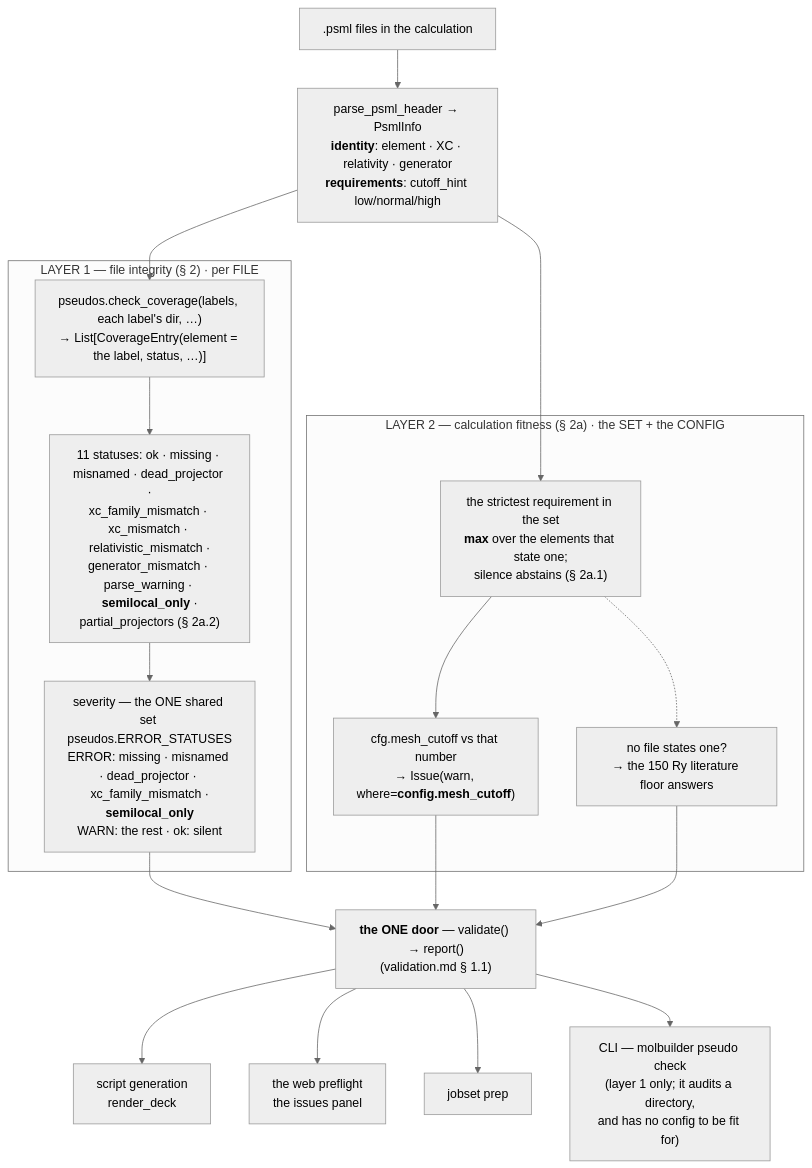
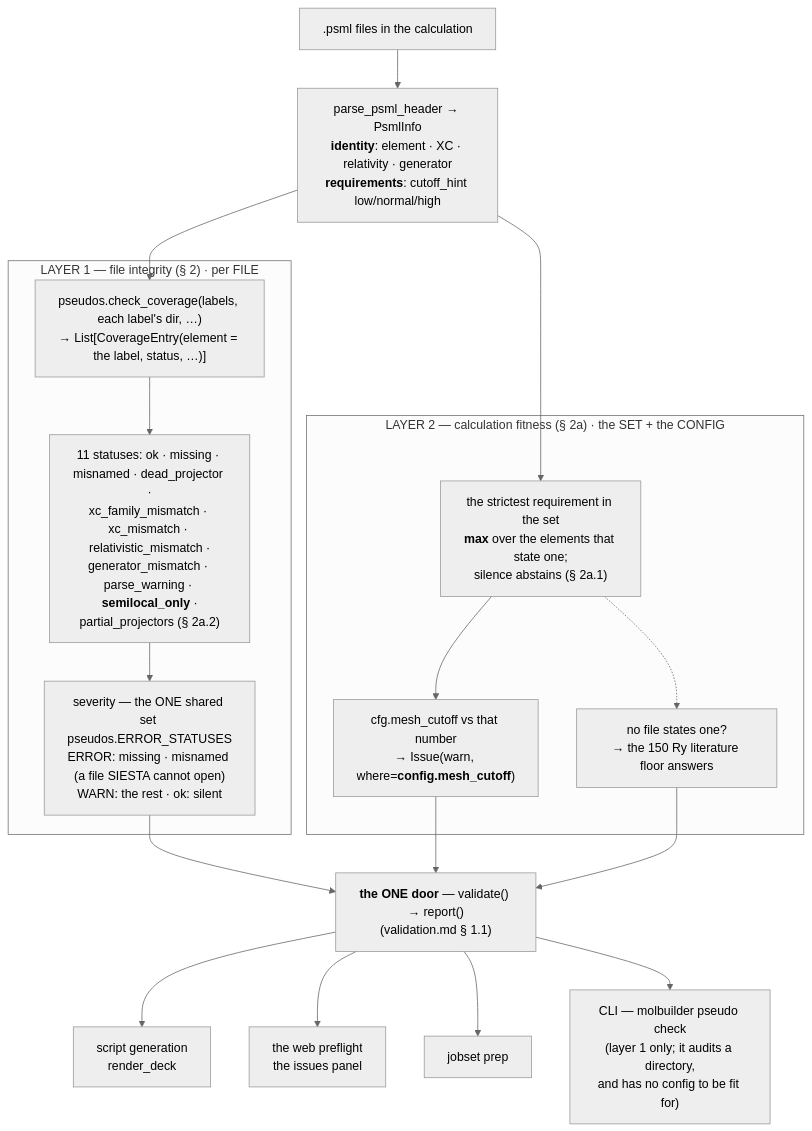
The diagram in docs/science/pseudopotentials.md (Qing-LAB/molbuilder), drawn with Mermaid (neutral theme) before and after one commit. The commit also changed other lines of this file and 52 other files, not shown here.

````diff
--- a/docs/science/pseudopotentials.md
+++ b/docs/science/pseudopotentials.md
@@ -47,33 +47,33 @@
 ```mermaid
 flowchart TB
     F[".psml files in the calculation"]
     RD["parse_psml_header → PsmlInfo<br/><b>identity</b>: element · XC · relativity · generator<br/><b>requirements</b>: cutoff_hint low/normal/high"]
 
     subgraph L1["LAYER 1 — file integrity (§ 2) · per FILE"]
       CC["pseudos.check_coverage(labels, each label's dir, …)<br/>→ List[CoverageEntry(element = the label, status, …)]"]
       ST["11 statuses: ok · missing · misnamed · dead_projector ·<br/>xc_family_mismatch · xc_mismatch · relativistic_mismatch ·<br/>generator_mismatch · parse_warning · <b>semilocal_only</b> ·<br/>partial_projectors (§ 2a.2)"]
-      SEV["severity — the ONE shared set pseudos.ERROR_STATUSES<br/>ERROR: missing · misnamed · dead_projector · xc_family_mismatch ·<br/><b>semilocal_only</b><br/>WARN: the rest · ok: silent"]
+      SEV["severity — the ONE shared set pseudos.ERROR_STATUSES<br/>ERROR: missing · misnamed (a file SIESTA cannot open)<br/>WARN: the rest · ok: silent"]
       CC --> ST --> SEV
     end
 
     subgraph L2["LAYER 2 — calculation fitness (§ 2a) · the SET + the CONFIG"]
       REQ["the strictest requirement in the set<br/><b>max</b> over the elements that state one;<br/>silence abstains (§ 2a.1)"]
       CMP["cfg.mesh_cutoff vs that number<br/>→ Issue(warn, where=<b>config.mesh_cutoff</b>)"]
       FLOOR["no file states one?<br/>→ the 150 Ry literature floor answers"]
       REQ --> CMP
       REQ -.-> FLOOR
     end
 
     F --> RD
     RD --> CC
     RD --> REQ
 
     SEV --> DOOR
     CMP --> DOOR
     FLOOR --> DOOR
     DOOR["<b>the ONE door</b> — validate() → report()<br/>(validation.md § 1.1)"]
     DOOR --> S1["script generation<br/>render_deck"]
     DOOR --> S2["the web preflight<br/>the issues panel"]
     DOOR --> S3["jobset prep"]
     DOOR --> S4["CLI — molbuilder pseudo check<br/>(layer 1 only; it audits a directory,<br/>and has no config to be fit for)"]
 ```
````
